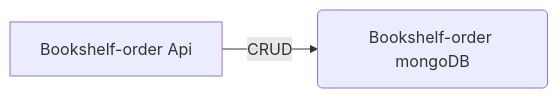
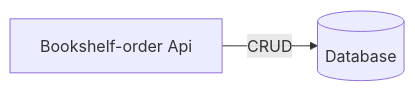
Before and after one commit to jingming1991/scalaControl: the diagram in README.md, drawn with Mermaid.

````diff
--- a/README.md
+++ b/README.md
@@ -3,5 +3,5 @@
 ```mermaid
 flowchart LR 
 
-A[Bookshelf-order Api] -->|CRUD| B(Bookshelf-order mongoDB)
+A[Bookshelf-order Api] -->|CRUD| id1[(Database)]
 ```
````
